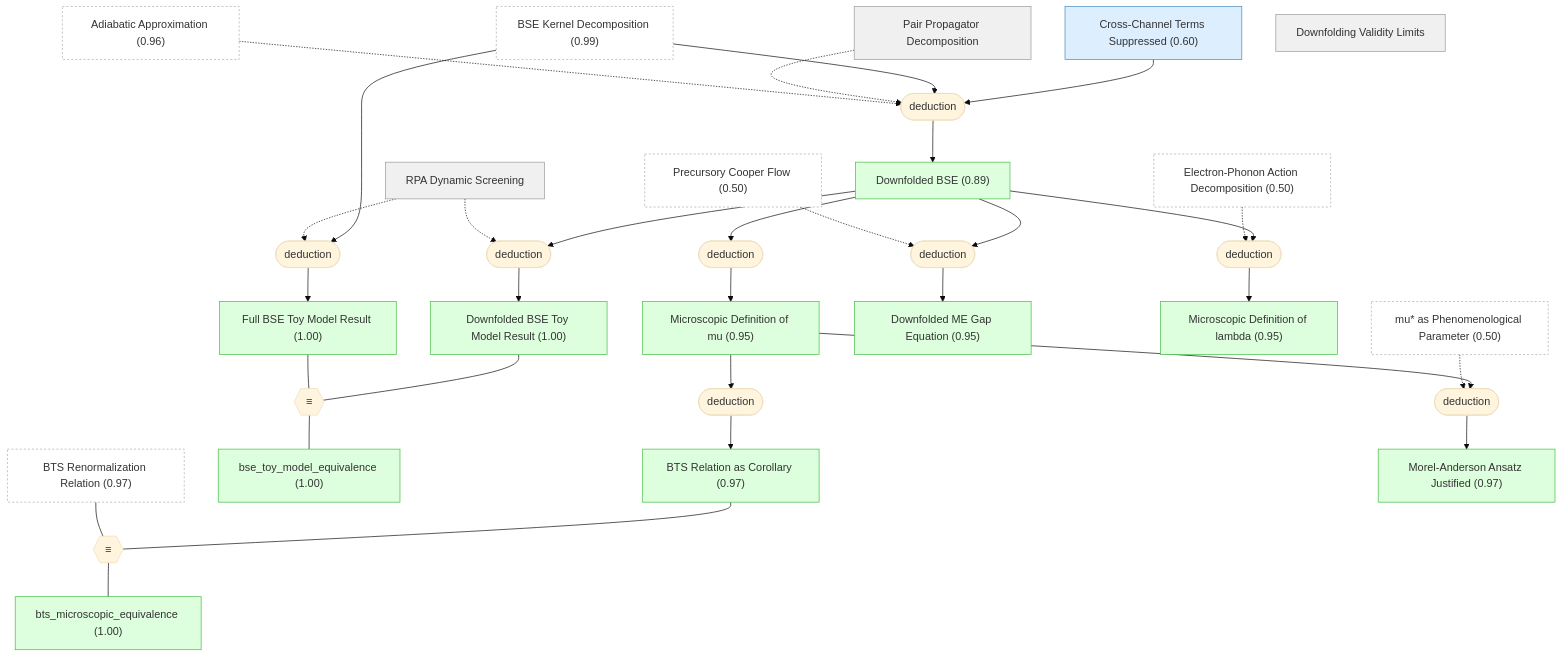
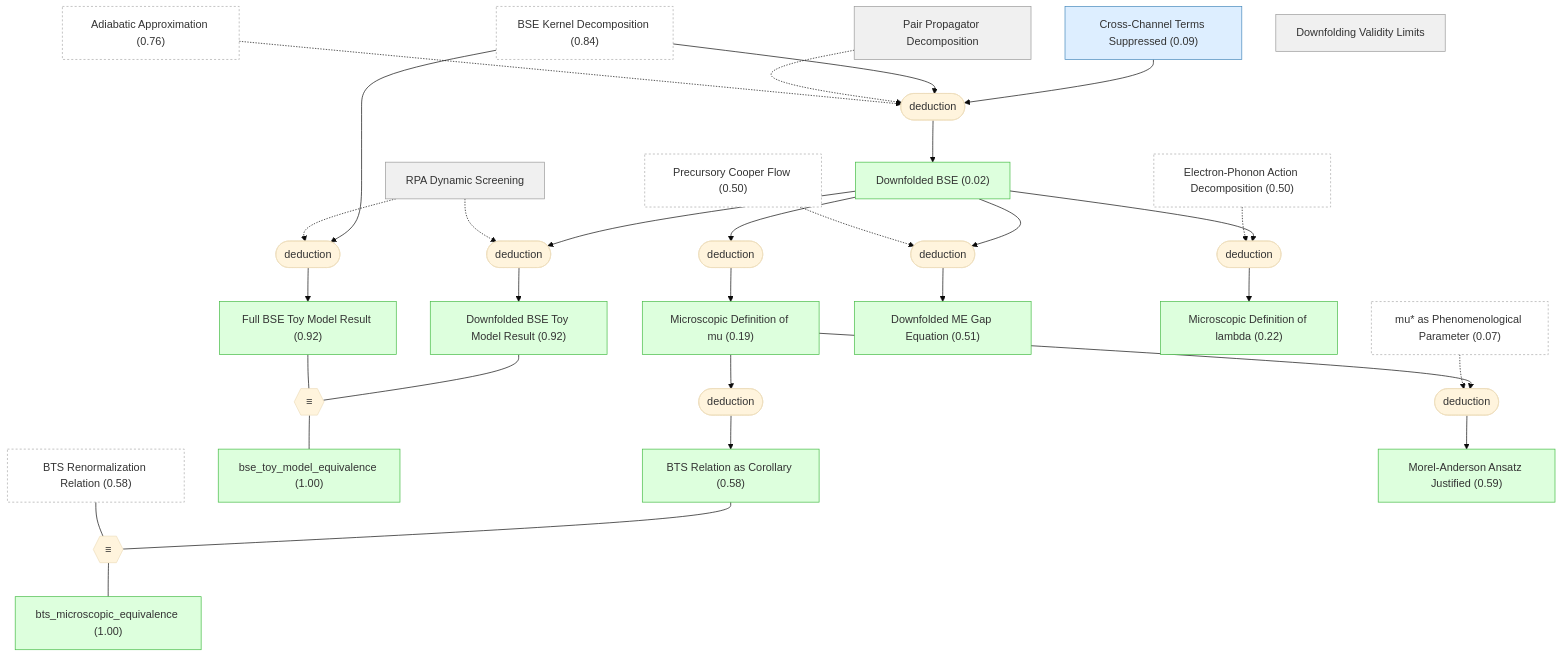
Before and after one commit to kunyuan/SuperconductivityElectronLiquids.gaia: the third of 6 diagrams in docs/detailed-reasoning.md, drawn with Mermaid (base theme). The commit also changed other lines of this file and 21 other files, not shown here.

````diff
--- a/docs/detailed-reasoning.md
+++ b/docs/detailed-reasoning.md
@@ -278,73 +283,73 @@
 ```mermaid
 graph TD
-    adiabatic_approx["Adiabatic Approximation (0.96)"]:::external
-    bts_renormalization["BTS Renormalization Relation (0.97)"]:::external
-    mu_star_phenomenological["mu#ast; as Phenomenological Parameter (0.50)"]:::external
+    adiabatic_approx["Adiabatic Approximation (0.76)"]:::external
+    bts_renormalization["BTS Renormalization Relation (0.58)"]:::external
+    mu_star_phenomenological["mu#ast; as Phenomenological Parameter (0.07)"]:::external
     electron_phonon_action["Electron-Phonon Action Decomposition (0.50)"]:::external
-    bse_kernel_decomposition["BSE Kernel Decomposition (0.99)"]:::external
+    bse_kernel_decomposition["BSE Kernel Decomposition (0.84)"]:::external
     precursory_cooper_flow["Precursory Cooper Flow (0.50)"]:::external
     pair_propagator_decomposition["Pair Propagator Decomposition"]:::note
     rpa_dynamic_screening["RPA Dynamic Screening"]:::note
-    cross_term_suppressed["Cross-Channel Terms Suppressed (0.60)"]:::premise
+    cross_term_suppressed["Cross-Channel Terms Suppressed (0.09)"]:::premise
     downfolding_validity_limits["Downfolding Validity Limits"]:::note
-    downfolded_bse["Downfolded BSE (0.89)"]:::derived
-    full_bse_toy_model["Full BSE Toy Model Result (1.00)"]:::derived
-    downfolded_bse_toy_model["Downfolded BSE Toy Model Result (1.00)"]:::derived
+    downfolded_bse["Downfolded BSE (0.02)"]:::derived
+    full_bse_toy_model["Full BSE Toy Model Result (0.92)"]:::derived
+    downfolded_bse_toy_model["Downfolded BSE Toy Model Result (0.92)"]:::derived
     bse_toy_model_equivalence["bse_toy_model_equivalence (1.00)"]:::derived
-    downfolded_me_equation["Downfolded ME Gap Equation (0.95)"]:::derived
-    lambda_microscopic_definition["Microscopic Definition of lambda (0.95)"]:::derived
-    mu_microscopic_definition["Microscopic Definition of mu (0.95)"]:::derived
-    mu_scale_independence["BTS Relation as Corollary (0.97)"]:::derived
+    downfolded_me_equation["Downfolded ME Gap Equation (0.51)"]:::derived
+    lambda_microscopic_definition["Microscopic Definition of lambda (0.22)"]:::derived
+    mu_microscopic_definition["Microscopic Definition of mu (0.19)"]:::derived
+    mu_scale_independence["BTS Relation as Corollary (0.58)"]:::derived
     bts_microscopic_equivalence["bts_microscopic_equivalence (1.00)"]:::derived
-    ma_pseudopotential_justified["Morel-Anderson Ansatz Justified (0.97)"]:::derived
-    strat_4(["deduction"])
-    cross_term_suppressed --> strat_4
-    bse_kernel_decomposition --> strat_4
-    pair_propagator_decomposition -.-> strat_4
-    adiabatic_approx -.-> strat_4
-    strat_4 --> downfolded_bse
-    strat_5(["deduction"])
-    bse_kernel_decomposition --> strat_5
-    rpa_dynamic_screening -.-> strat_5
-    strat_5 --> full_bse_toy_model
+    ma_pseudopotential_justified["Morel-Anderson Ansatz Justified (0.59)"]:::derived
     strat_6(["deduction"])
-    downfolded_bse --> strat_6
-    rpa_dynamic_screening -.-> strat_6
-    strat_6 --> downfolded_bse_toy_model
+    cross_term_suppressed --> strat_6
+    bse_kernel_decomposition --> strat_6
+    pair_propagator_decomposition -.-> strat_6
+    adiabatic_approx -.-> strat_6
+    strat_6 --> downfolded_bse
     strat_7(["deduction"])
-    downfolded_bse --> strat_7
-    precursory_cooper_flow -.-> strat_7
-    strat_7 --> downfolded_me_equation
+    bse_kernel_decomposition --> strat_7
+    rpa_dynamic_screening -.-> strat_7
+    strat_7 --> full_bse_toy_model
     strat_8(["deduction"])
     downfolded_bse --> strat_8
-    electron_phonon_action -.-> strat_8
-    strat_8 --> lambda_microscopic_definition
+    rpa_dynamic_screening -.-> strat_8
+    strat_8 --> downfolded_bse_toy_model
     strat_9(["deduction"])
     downfolded_bse --> strat_9
-    strat_9 --> mu_microscopic_definition
+    precursory_cooper_flow -.-> strat_9
+    strat_9 --> downfolded_me_equation
     strat_10(["deduction"])
-    mu_microscopic_definition --> strat_10
-    strat_10 --> mu_scale_independence
+    downfolded_bse --> strat_10
+    electron_phonon_action -.-> strat_10
+    strat_10 --> lambda_microscopic_definition
     strat_11(["deduction"])
-    mu_microscopic_definition --> strat_11
-    mu_star_phenomenological -.-> strat_11
-    strat_11 --> ma_pseudopotential_justified
+    downfolded_bse --> strat_11
+    strat_11 --> mu_microscopic_definition
+    strat_12(["deduction"])
+    mu_microscopic_definition --> strat_12
+    strat_12 --> mu_scale_independence
+    strat_13(["deduction"])
+    mu_microscopic_definition --> strat_13
+    mu_star_phenomenological -.-> strat_13
+    strat_13 --> ma_pseudopotential_justified
     oper_1{{"≡"}}
     downfolded_bse_toy_model --- oper_1
     full_bse_toy_model --- oper_1
     oper_1 --- bse_toy_model_equivalence
     oper_2{{"≡"}}
     mu_scale_independence --- oper_2
     bts_renormalization --- oper_2
     oper_2 --- bts_microscopic_equivalence
 
     classDef note fill:#f0f0f0,stroke:#999,color:#333
     classDef premise fill:#ddeeff,stroke:#4488bb,color:#333
     classDef derived fill:#ddffdd,stroke:#44bb44,color:#333
     classDef question fill:#fff3dd,stroke:#cc9944,color:#333
     classDef background fill:#f5f5f5,stroke:#bbb,stroke-dasharray: 5 5,color:#333
     classDef orphan fill:#fff,stroke:#ccc,stroke-dasharray: 5 5,color:#333
     classDef external fill:#fff,stroke:#aaa,stroke-dasharray: 3 3,color:#333
     classDef weak fill:#fff9c4,stroke:#f9a825,stroke-dasharray: 5 5,color:#333
     classDef contra fill:#ffebee,stroke:#c62828,color:#333
 ```
````
